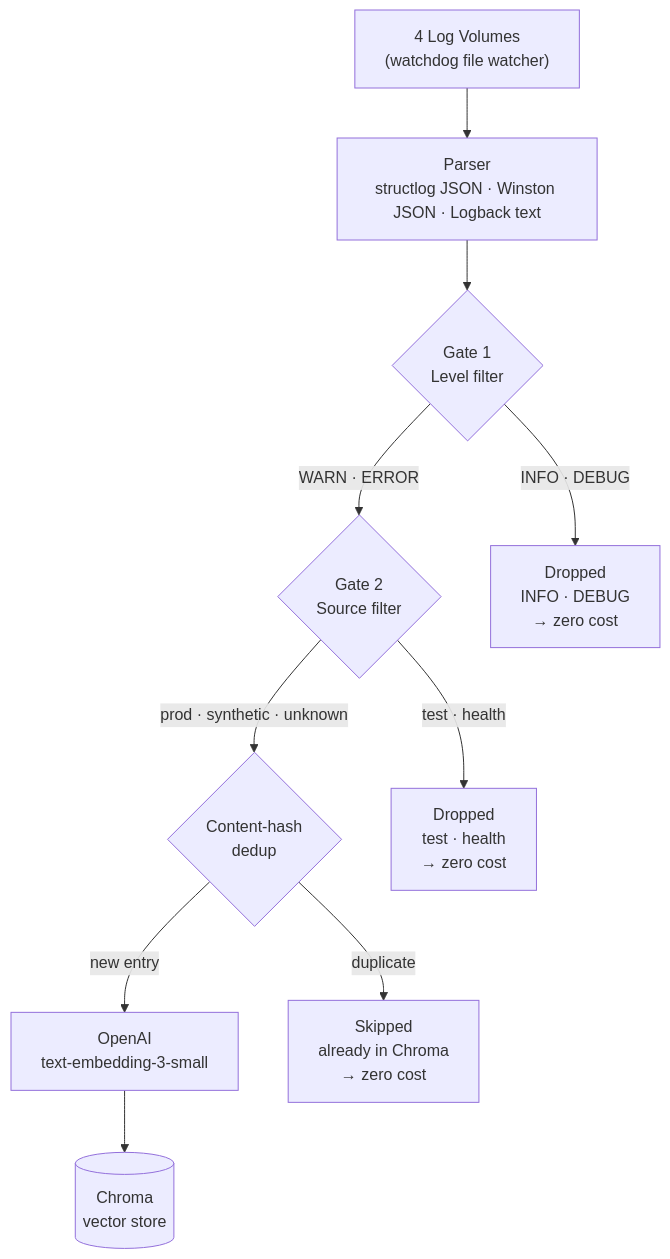
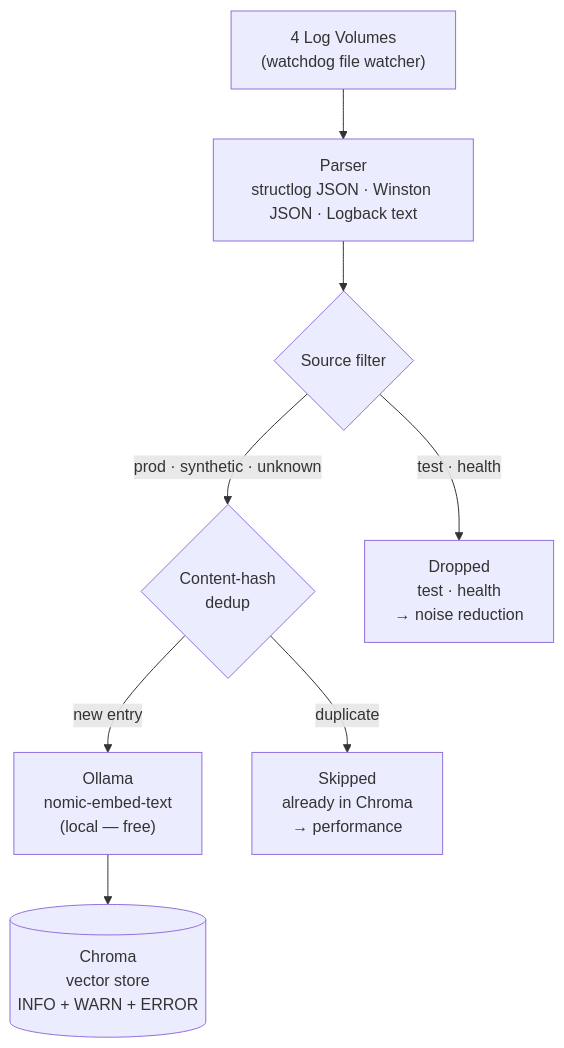
One commit to CumulusCycles/agentic-log-analysis-system changed the ninth of 14 diagrams in docs/architecture/system-integration.md. Above: the diagram before and after it, drawn with Mermaid. The commit also changed other lines of this file and 18 other files, not shown here.

````diff
--- a/docs/architecture/system-integration.md
+++ b/docs/architecture/system-integration.md
@@ -267,23 +266,19 @@
 ```mermaid
 flowchart TB
     VOL["4 Log Volumes\n(watchdog file watcher)"]
     PARSE["Parser\nstructlog JSON · Winston JSON · Logback text"]
-    G1{"Gate 1\nLevel filter"}
-    G2{"Gate 2\nSource filter"}
+    G1{"Source filter"}
     DEDUP{"Content-hash\ndedup"}
-    EMBED["OpenAI\ntext-embedding-3-small"]
-    CHROMA[("Chroma\nvector store")]
-    DROP1["Dropped\nINFO · DEBUG\n→ zero cost"]
-    DROP2["Dropped\ntest · health\n→ zero cost"]
-    DROP3["Skipped\nalready in Chroma\n→ zero cost"]
+    EMBED["Ollama\nnomic-embed-text\n(local — free)"]
+    CHROMA[("Chroma\nvector store\nINFO + WARN + ERROR")]
+    DROP1["Dropped\ntest · health\n→ noise reduction"]
+    DROP2["Skipped\nalready in Chroma\n→ performance"]
 
     VOL --> PARSE
     PARSE --> G1
-    G1 -->|WARN · ERROR| G2
-    G1 -->|INFO · DEBUG| DROP1
-    G2 -->|prod · synthetic · unknown| DEDUP
-    G2 -->|test · health| DROP2
+    G1 -->|prod · synthetic · unknown| DEDUP
+    G1 -->|test · health| DROP1
     DEDUP -->|new entry| EMBED
-    DEDUP -->|duplicate| DROP3
+    DEDUP -->|duplicate| DROP2
     EMBED --> CHROMA
 ```
````
